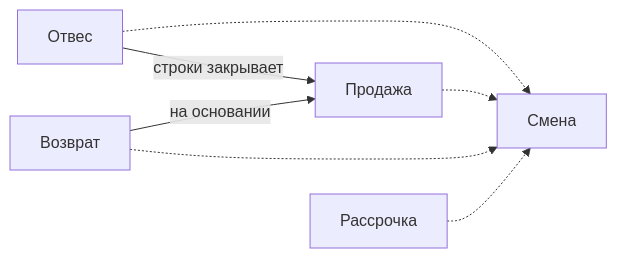
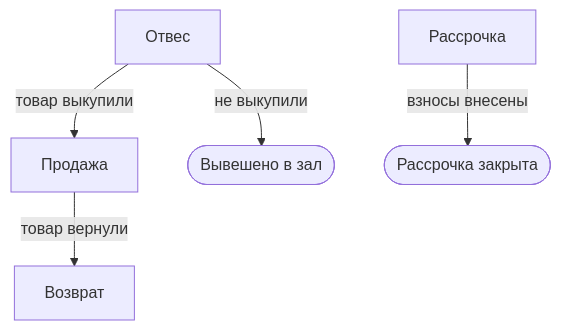
Before and after one commit to EGSP/collection-zarplata: the diagram in docs/accounting-rules.md, drawn with Mermaid. The commit also changed other lines of this file and 1 other file, not shown here.

Commit message:
docs(rules): схема связей документов читается по ходу движения товара

````diff
--- a/docs/accounting-rules.md
+++ b/docs/accounting-rules.md
@@ -7,15 +9,14 @@
 ```mermaid
-flowchart LR
+flowchart TD
     weighing["Отвес"]
     sale["Продажа"]
     refund["Возврат"]
     installment["Рассрочка"]
-    shift["Смена"]
+    hung(["Вывешено в зал"])
+    closed(["Рассрочка закрыта"])
 
-    weighing -- "строки закрывает" --> sale
-    refund -- "на основании" --> sale
-    weighing -.-> shift
-    sale -.-> shift
-    refund -.-> shift
-    installment -.-> shift
+    weighing -- "товар выкупили" --> sale
+    weighing -- "не выкупили" --> hung
+    sale -- "товар вернули" --> refund
+    installment -- "взносы внесены" --> closed
 ```
````
